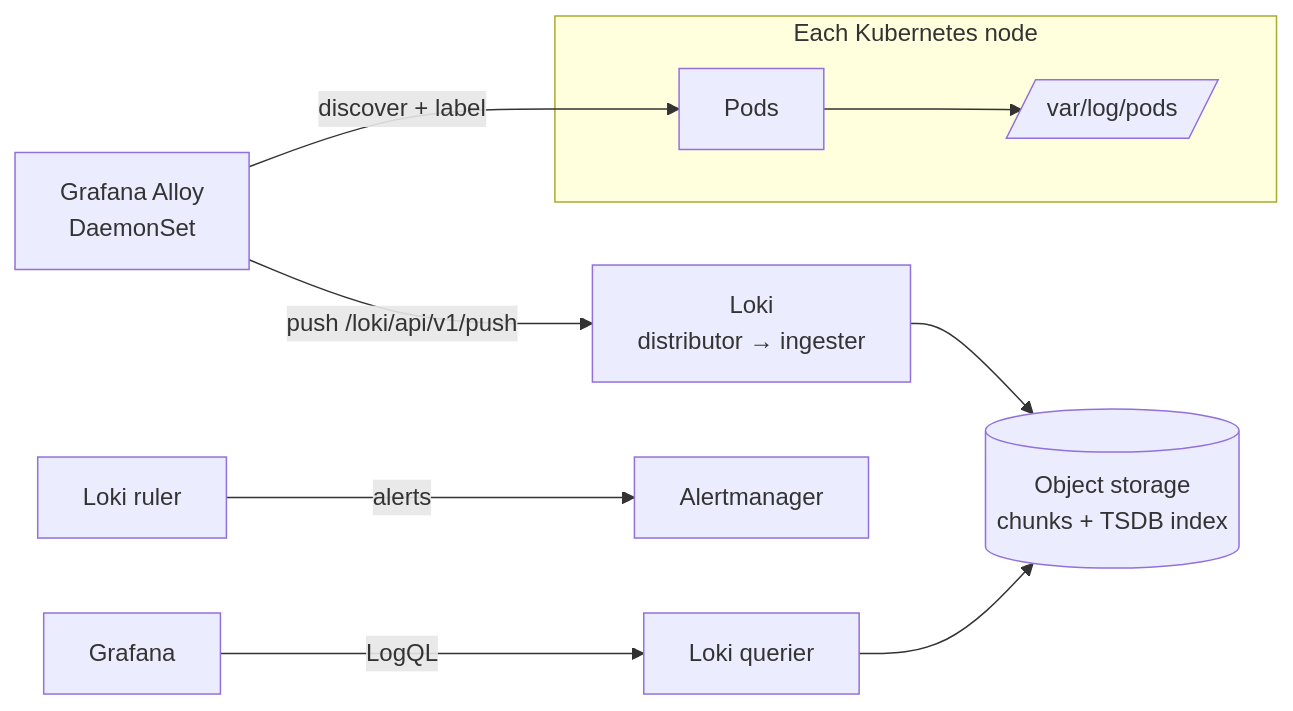
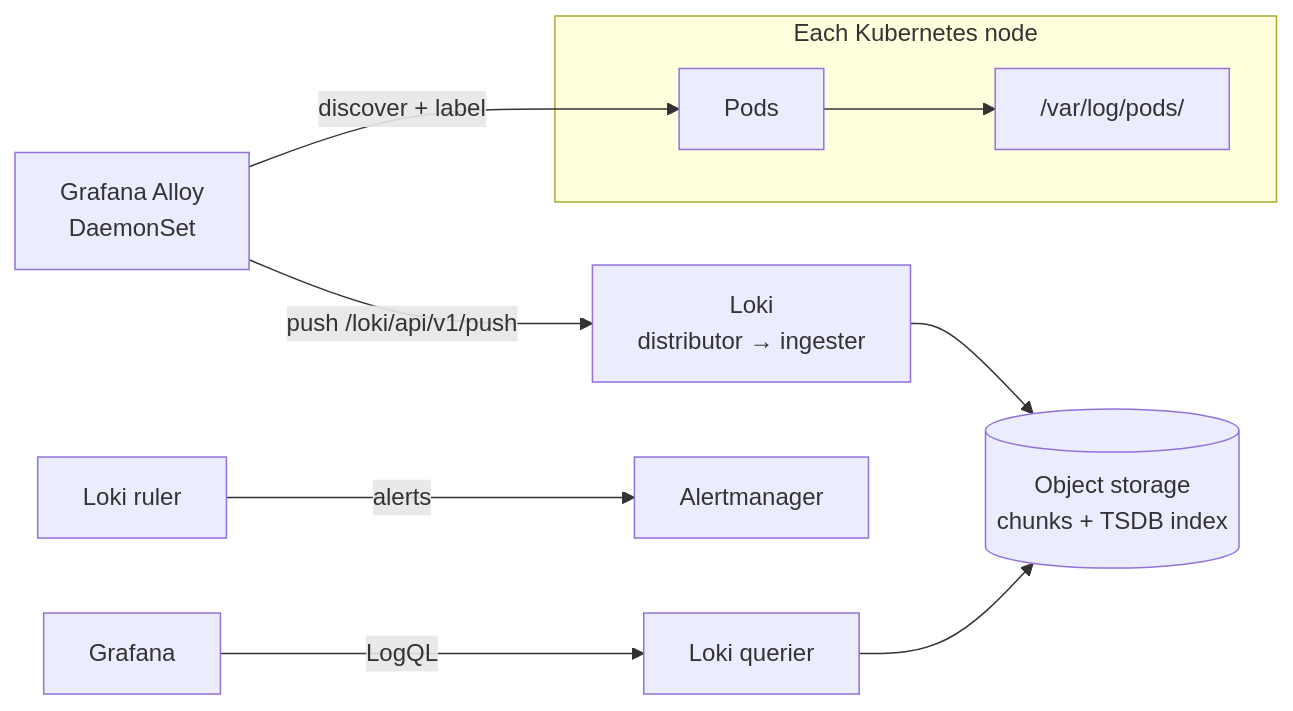
Before and after one commit to umesh-khatiwada/DevOpsDocs: the diagram in docs/Logging/loki.md, drawn with Mermaid. The commit also changed 4 other files, not shown here.

````diff
--- a/docs/Logging/loki.md
+++ b/docs/Logging/loki.md
@@ -29,12 +29,12 @@
 ```mermaid
 flowchart LR
   subgraph Node[Each Kubernetes node]
-    P1[Pods] --> F[/var/log/pods/]
+    P1[Pods] --> F["/var/log/pods/"]
   end
   A[Grafana Alloy<br/>DaemonSet] -->|discover + label| P1
-  A -->|push /loki/api/v1/push| D[Loki<br/>distributor → ingester]
-  D --> S[(Object storage<br/>chunks + TSDB index)]
+  A -->|push /loki/api/v1/push| D["Loki<br/>distributor → ingester"]
+  D --> S[("Object storage<br/>chunks + TSDB index")]
   G[Grafana] -->|LogQL| Q[Loki querier]
   Q --> S
   R[Loki ruler] -->|alerts| AM[Alertmanager]
 ```
````
